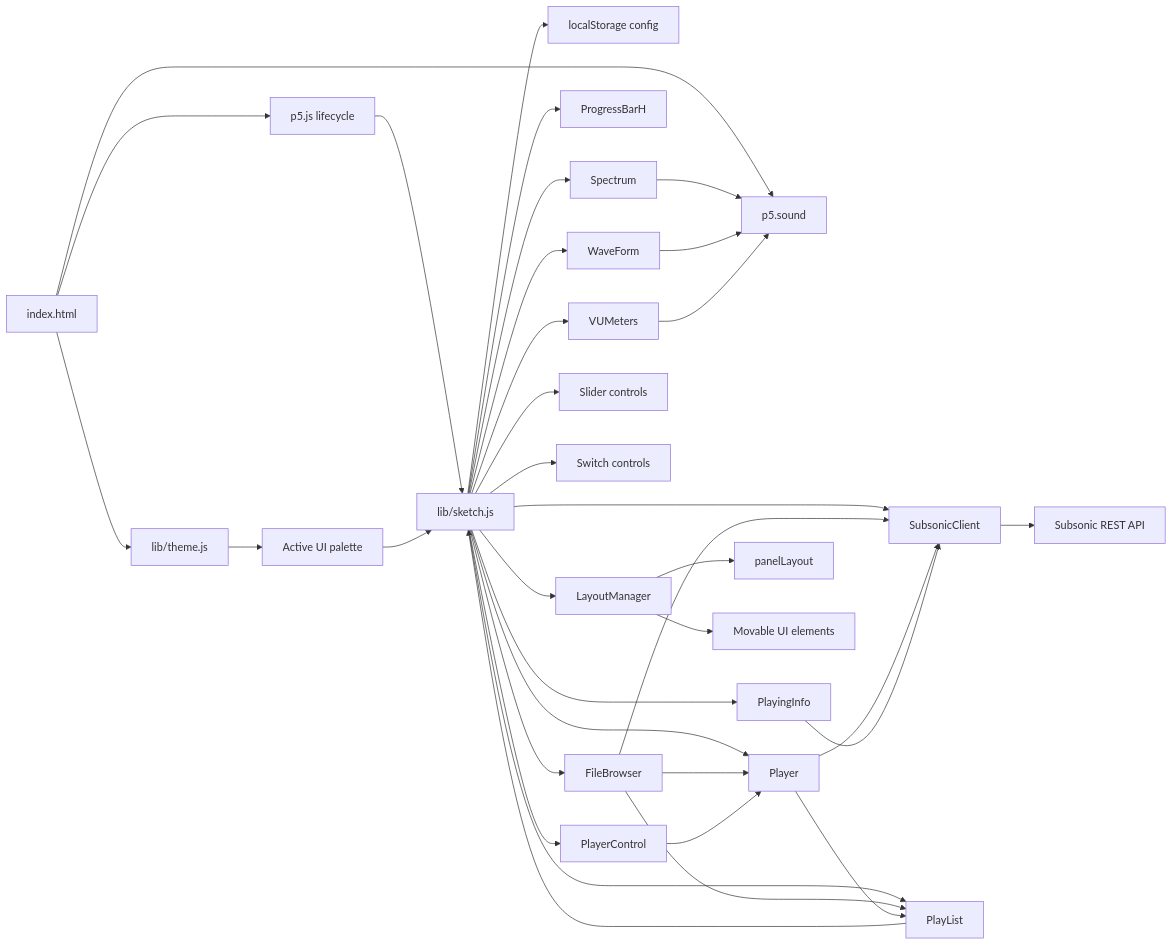
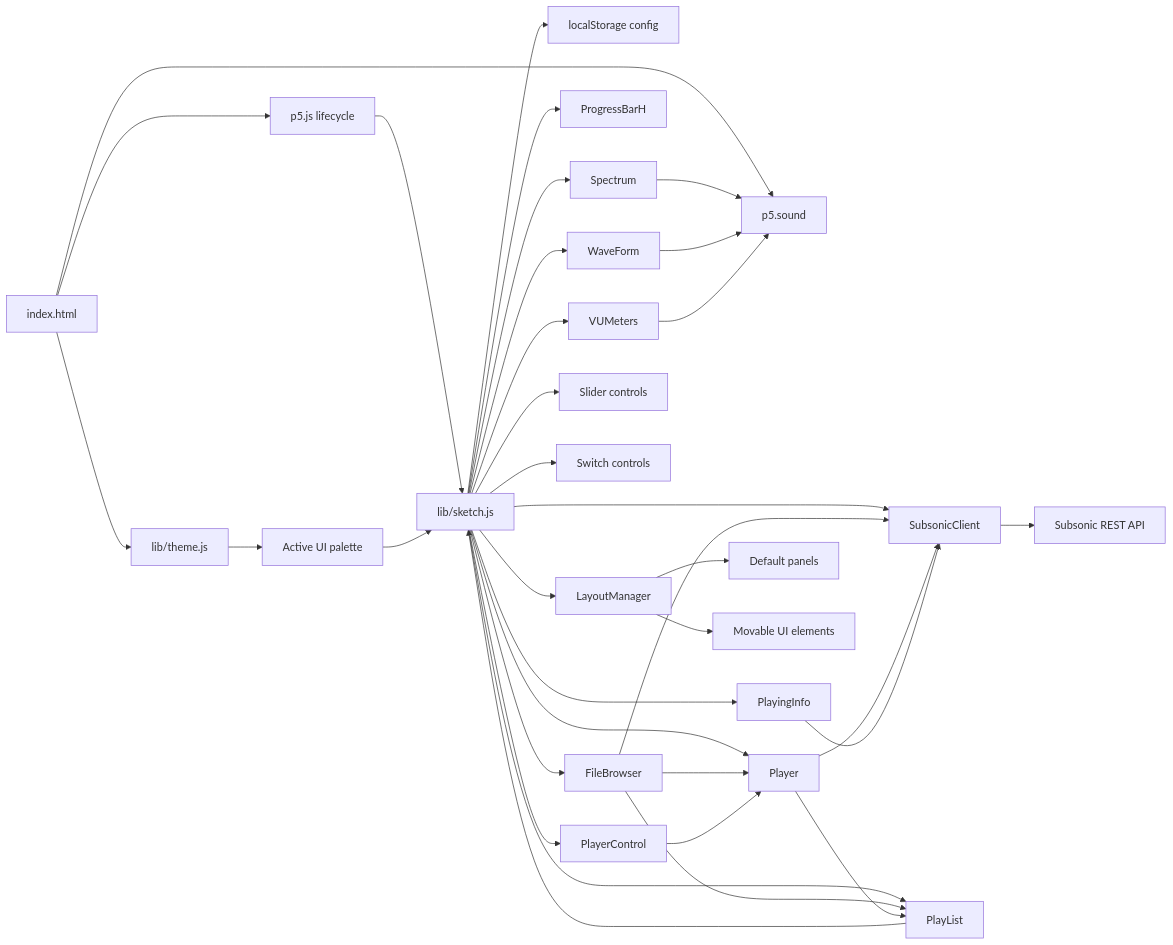
The first of 11 diagrams in doc/diagrams.md (Leorivasc/neon_deck), drawn with Mermaid before and after one commit. The commit also changed other lines of this file and 3 other files, not shown here.

Commit message:
Panel default positions moved to layoutmanager

````diff
--- a/doc/diagrams.md
+++ b/doc/diagrams.md
@@ -7,39 +7,39 @@
 ```mermaid
 flowchart LR
     HTML[index.html] --> P5[p5.js lifecycle]
     HTML --> Sound[p5.sound]
     HTML --> Theme[lib/theme.js]
     P5 --> Sketch[lib/sketch.js]
 
     Theme --> UI[Active UI palette]
     UI --> Sketch
     Sketch --> Config[localStorage config]
     Sketch --> Client[SubsonicClient]
     Sketch --> Browser[FileBrowser]
     Sketch --> Queue[PlayList]
     Sketch --> Info[PlayingInfo]
     Sketch --> Progress[ProgressBarH]
     Sketch --> Spectrum[Spectrum]
     Sketch --> Waveform[WaveForm]
     Sketch --> VUMeters[VUMeters]
     Sketch --> Sliders[Slider controls]
     Sketch --> Switches[Switch controls]
     Sketch --> PlayerControl[PlayerControl]
     Sketch --> Layout[LayoutManager]
     Sketch --> Player[Player]
 
     Client --> Server[Subsonic REST API]
     Browser --> Client
     Browser --> Queue
     Browser --> Player
     Player --> Queue
     Player --> Client
     PlayerControl --> Player
     Queue --> Sketch
     Info --> Client
     Spectrum --> Sound
     Waveform --> Sound
     VUMeters --> Sound
-    Layout --> Panels[panelLayout]
+    Layout --> Panels[Default panels]
     Layout --> Movables[Movable UI elements]
 ```
````
